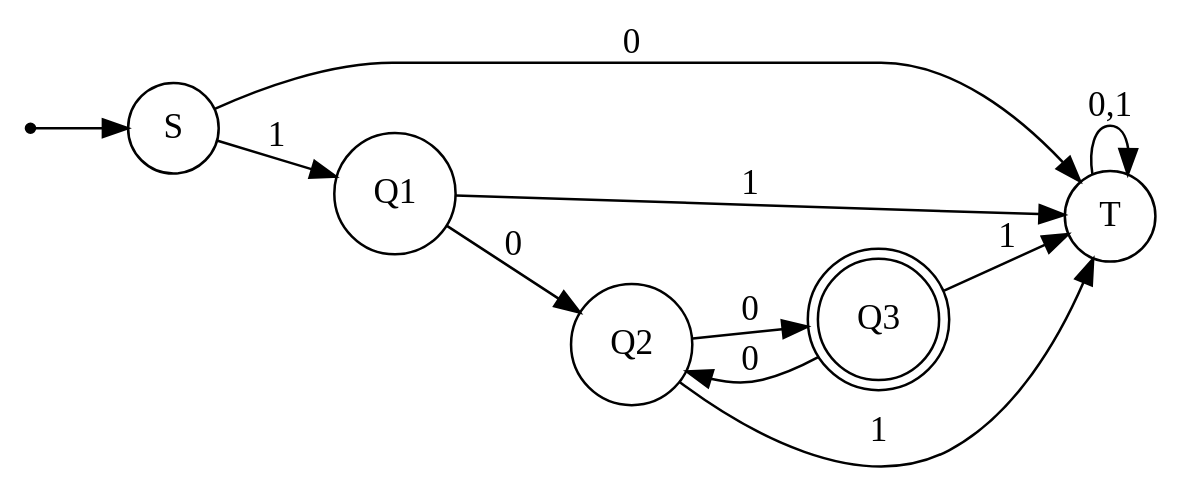
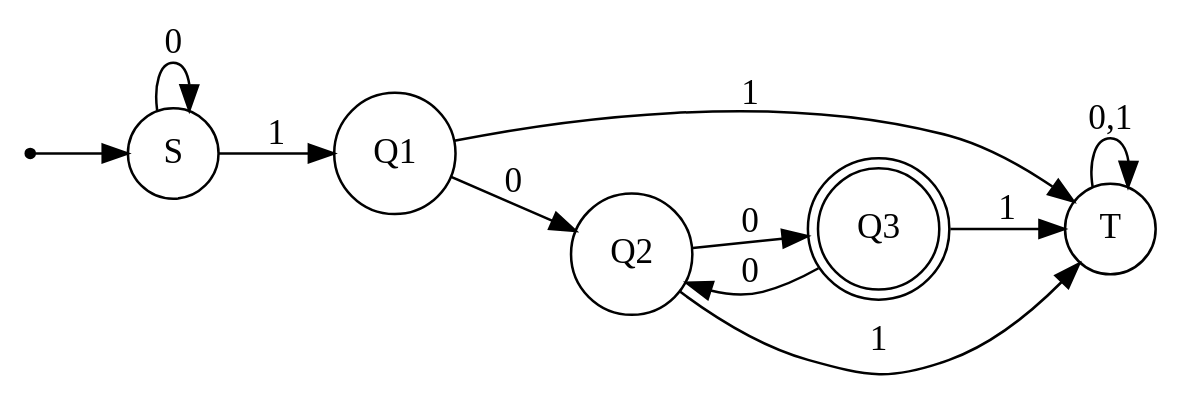
Before and after one commit to dsifford/CSC_6500: the diagram in homework/homework_02/dfa.dot, drawn with Graphviz. The commit also changed 4 other files, not shown here.

```diff
--- a/homework/homework_02/dfa.dot
+++ b/homework/homework_02/dfa.dot
@@ -1,20 +1,20 @@
 
 digraph DFA {
     rankdir=LR;
     size="8,5!"
 
     node [shape = point]; s;
     node [shape = doublecircle]; Q3;
     node [shape = circle];
 
     s  -> S;
-    S  -> T  [label = "0"];
+    S  -> S  [label = "0"];
     S  -> Q1 [label = "1"];
     Q1 -> T  [label = "1"];
     Q1 -> Q2 [label = "0"];
     Q2 -> T  [label = "1"];
     Q2 -> Q3 [label = "0"];
     Q3 -> T  [label = "1"];
     Q3 -> Q2 [label = "0"];
     T  -> T  [label = "0,1"];
 }
```
